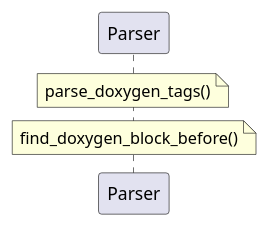
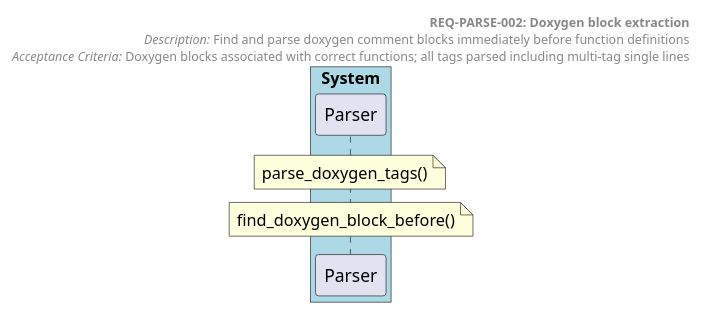
Before and after one commit to tvanfossen/doxygen-guard: the diagram in docs/generated/sequences/REQ-PARSE-002.puml, drawn with PlantUML. The commit also changed 18 other files, not shown here.

```diff
--- a/docs/generated/sequences/REQ-PARSE-002.puml
+++ b/docs/generated/sequences/REQ-PARSE-002.puml
@@ -1,9 +1,17 @@
-@startuml REQ-PARSE-002
+@startuml REQ-PARSE-002 Doxygen block extraction
 autonumber
 
-participant "Parser" as Parser
+box "System" #LightBlue
+  participant "Parser" as Parser
+end box
+
+header
+  **REQ-PARSE-002: Doxygen block extraction**
+  //Description:// Find and parse doxygen comment blocks immediately before function definitions
+  //Acceptance Criteria:// Doxygen blocks associated with correct functions; all tags parsed including multi-tag single lines
+end header
 
 note over Parser: parse_doxygen_tags()
 note over Parser: find_doxygen_block_before()
 
 @enduml
```
